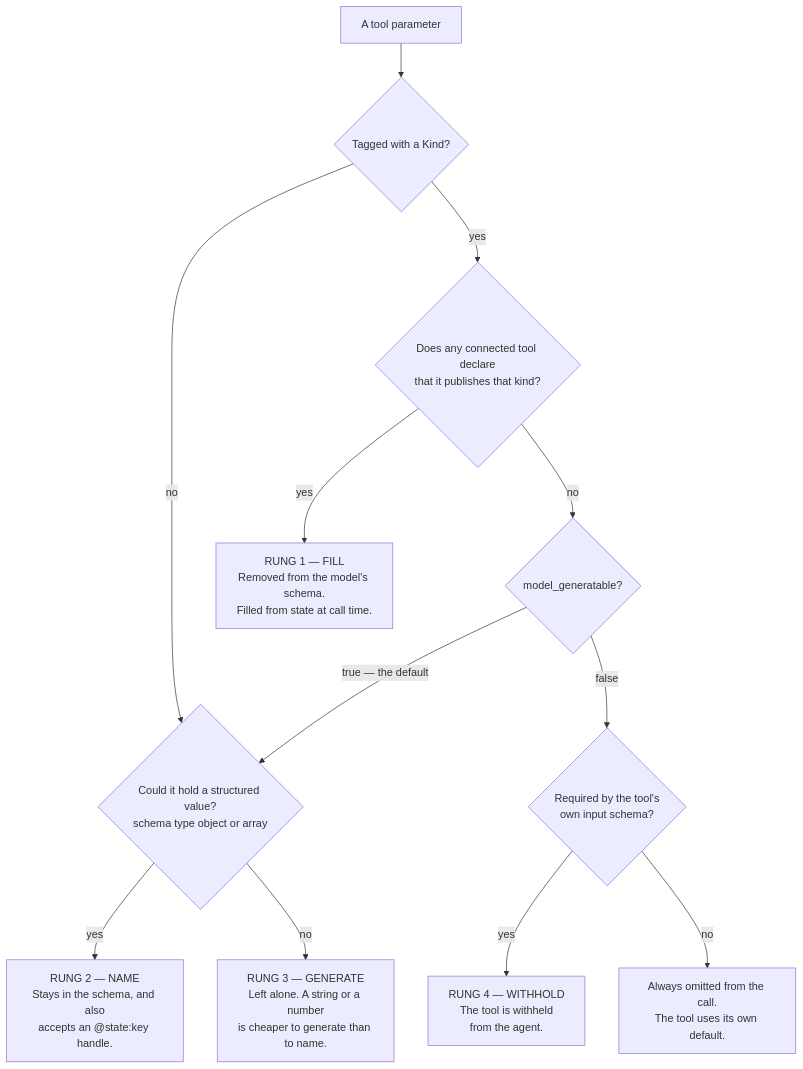
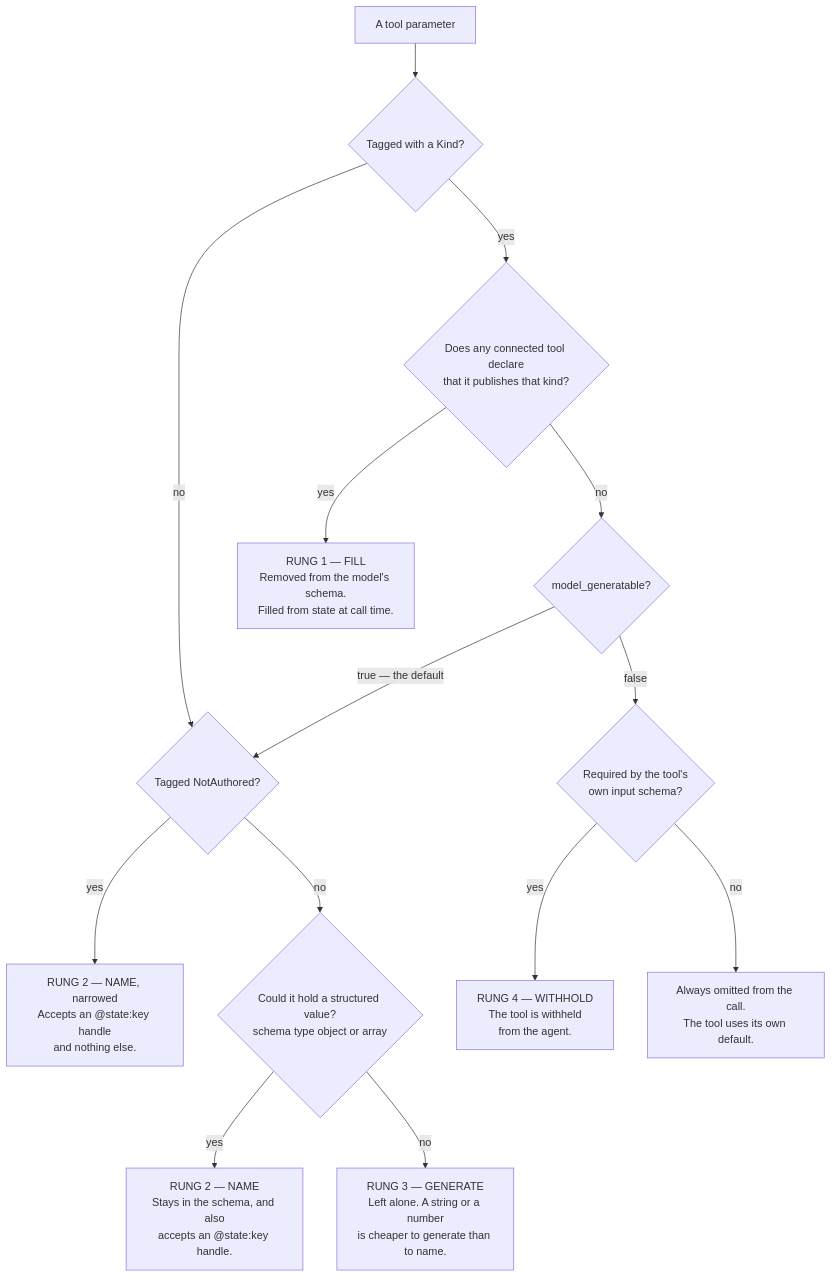
One commit to developmentseed/mcp-toolsets-runtime changed the first of 6 diagrams in docs/SESSION-STATE.md. Above: the diagram before and after it, drawn with Mermaid. The commit also changed other lines of this file and 9 other files, not shown here.

````diff
--- a/docs/SESSION-STATE.md
+++ b/docs/SESSION-STATE.md
@@ -185,19 +197,22 @@
 ```mermaid
 flowchart TD
     P["A tool parameter"] --> D{"Tagged with a Kind?"}
 
-    D -->|no| B{"Could it hold a structured value?<br/>schema type object or array"}
+    D -->|no| N{"Tagged NotAuthored?"}
     D -->|yes| K{"Does any connected tool declare<br/>that it publishes that kind?"}
+
+    N -->|yes| ONLY["RUNG 2 — NAME, narrowed<br/>Accepts an @state:key handle<br/>and nothing else."]
+    N -->|no| B{"Could it hold a structured value?<br/>schema type object or array"}
 
     K -->|yes| HIDE["RUNG 1 — FILL<br/>Removed from the model's schema.<br/>Filled from state at call time."]
     K -->|no| G{"model_generatable?"}
 
-    G -->|"true — the default"| B
+    G -->|"true — the default"| N
     G -->|false| R{"Required by the tool's<br/>own input schema?"}
 
     R -->|yes| W["RUNG 4 — WITHHOLD<br/>The tool is withheld<br/>from the agent."]
     R -->|no| OMIT["Always omitted from the call.<br/>The tool uses its own default."]
 
     B -->|yes| HANDLE["RUNG 2 — NAME<br/>Stays in the schema, and also<br/>accepts an @state:key handle."]
     B -->|no| LEAVE["RUNG 3 — GENERATE<br/>Left alone. A string or a number<br/>is cheaper to generate than to name."]
 ```
````
